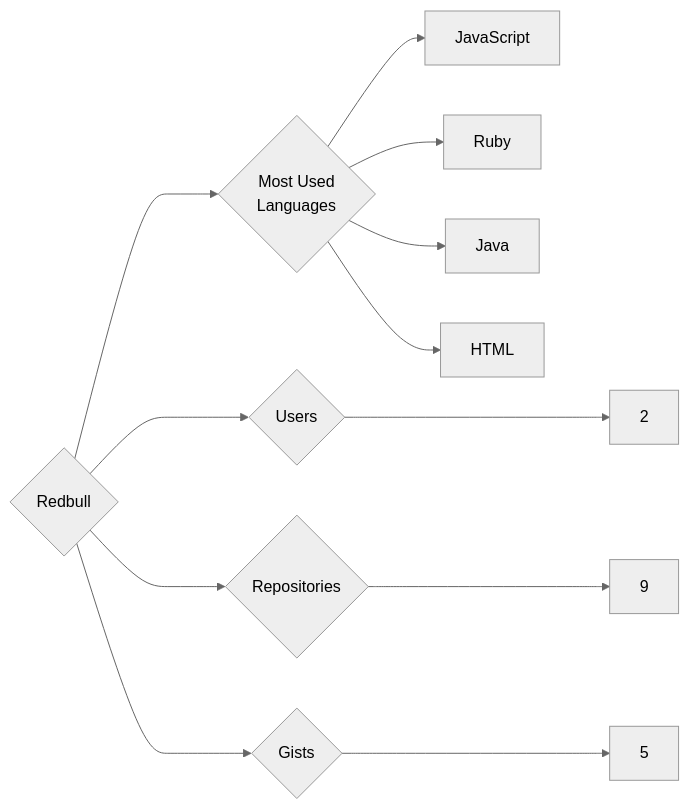
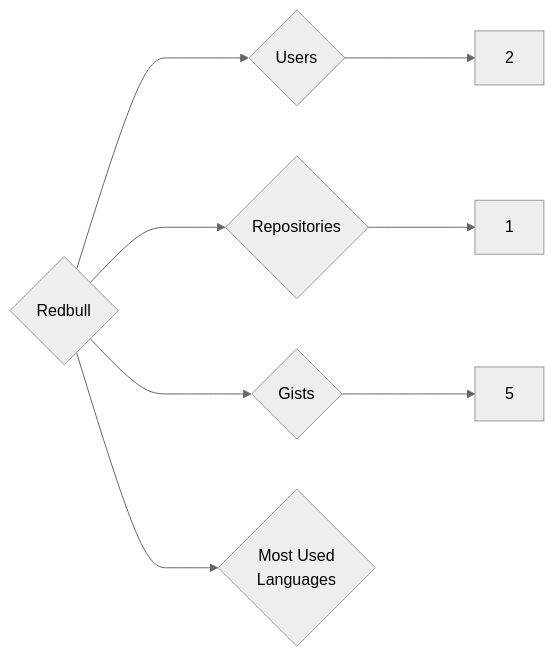
One commit to trickest/insiders changed the diagram in targets/Redbull/README.md. Above: the diagram before and after it, drawn with Mermaid (neutral theme). The commit also changed 898 other files, not shown here.

````diff
--- a/targets/Redbull/README.md
+++ b/targets/Redbull/README.md
@@ -3,12 +3,8 @@
 ```mermaid
 graph LR
 COMPANY_NAME{Redbull}
 COMPANY_NAME ---> U{Users} ---> UN[2]
-COMPANY_NAME ---> R{Repositories} ---> RN[9]
+COMPANY_NAME ---> R{Repositories} ---> RN[1]
 COMPANY_NAME ---> G{Gists} ---> GN[5]
 COMPANY_NAME ---> ML{Most Used<br>Languages}
-ML --> JavaScript[JavaScript]
-ML --> Ruby[Ruby]
-ML --> Java[Java]
-ML --> HTML[HTML]
 ```
````
